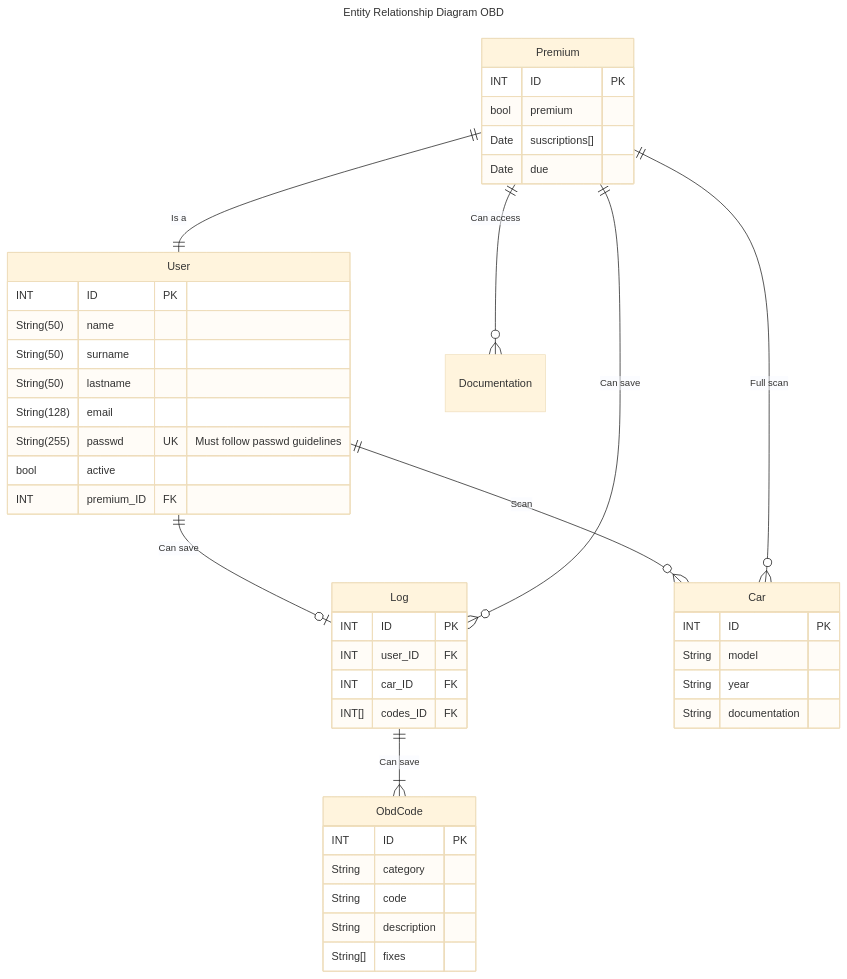
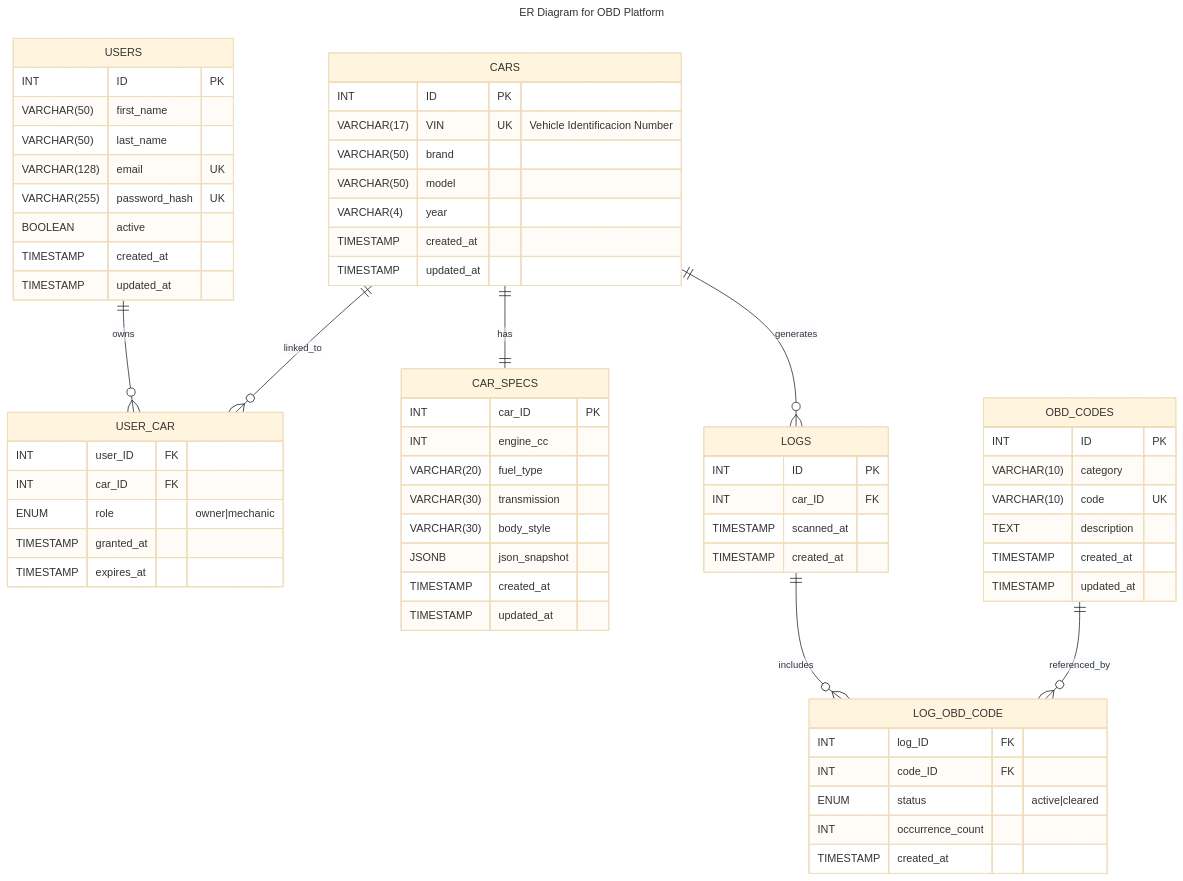
The diagram in docs/modeling/entidad-relacion/entidad_relacion.mmd (Jcee02/Laboratorio_Abierto_Dise-o_IL372), drawn with Mermaid (base theme) before and after one commit. The commit also changed 5 other files, not shown here.

```diff
--- a/docs/modeling/entidad-relacion/entidad_relacion.mmd
+++ b/docs/modeling/entidad-relacion/entidad_relacion.mmd
@@ -1,57 +1,75 @@
 ---
-title: Entity Relationship Diagram OBD
+title: ER Diagram for OBD Platform
 ---
 erDiagram
-
-  User {
+  USERS {
     INT ID PK
-    String(50) name
-    String(50) surname
-    String(50) lastname
-    String(128) email
-    String(255) passwd UK "Must follow passwd guidelines"
-    bool active
-    INT premium_ID FK
+    VARCHAR(50) first_name
+    VARCHAR(50) last_name
+    VARCHAR(128) email UK
+    VARCHAR(255) password_hash UK
+    BOOLEAN active
+    TIMESTAMP created_at
+    TIMESTAMP updated_at
   }
 
-  Premium {
+  CARS {
     INT ID PK
-    bool premium
-    Date suscriptions[]
-    Date due
+    VARCHAR(17) VIN UK "Vehicle Identificacion Number"
+    VARCHAR(50) brand
+    VARCHAR(50) model
+    VARCHAR(4) year
+    TIMESTAMP created_at
+    TIMESTAMP updated_at
   }
 
-  Log {
-    INT ID PK
+  USER_CAR {
     INT user_ID FK
     INT car_ID FK
-    INT[] codes_ID FK
+    ENUM role "owner|mechanic"
+    TIMESTAMP granted_at
+    TIMESTAMP expires_at
   }
 
-  Car {
-    INT ID PK
-    String model
-    String year
-    String documentation
+  CAR_SPECS {
+    INT car_ID PK
+    INT engine_cc
+    VARCHAR(20) fuel_type
+    VARCHAR(30) transmission
+    VARCHAR(30) body_style
+    JSONB json_snapshot
+    TIMESTAMP created_at
+    TIMESTAMP updated_at
   }
 
-  ObdCode {
+  LOGS {
     INT ID PK
-    String category
-    String code
-    String description
-    String[] fixes
+    INT car_ID FK
+    TIMESTAMP scanned_at
+    TIMESTAMP created_at
   }
 
-  %% Usuario
-  User ||--o{ Car : "Scan"
-  User ||--o| Log : "Can save"
+  OBD_CODES {
+    INT ID PK
+    VARCHAR(10) category
+    VARCHAR(10) code UK
+    TEXT description
+    TIMESTAMP created_at
+    TIMESTAMP updated_at
+  }
 
-  %% Premium
-  Premium ||--|| User : "Is a"
-  Premium ||--o{ Log : "Can save"
-  Premium ||--o{ Car : "Full scan"
-  Premium ||--o{ Documentation : "Can access"
+  LOG_OBD_CODE {
+    INT log_ID FK
+    INT code_ID FK
+    ENUM status "active|cleared"
+    INT occurrence_count
+    TIMESTAMP created_at
+  }
 
-  %% Logs
-  Log ||--|{ ObdCode : "Can save"
+  %% Relationships
+  USERS ||--o{ USER_CAR : owns
+  CARS ||--o{ USER_CAR : linked_to
+  CARS ||--o{ LOGS : generates
+  CARS ||--|| CAR_SPECS : has
+  LOGS ||--o{ LOG_OBD_CODE : includes
+  OBD_CODES ||--o{ LOG_OBD_CODE : referenced_by
```
